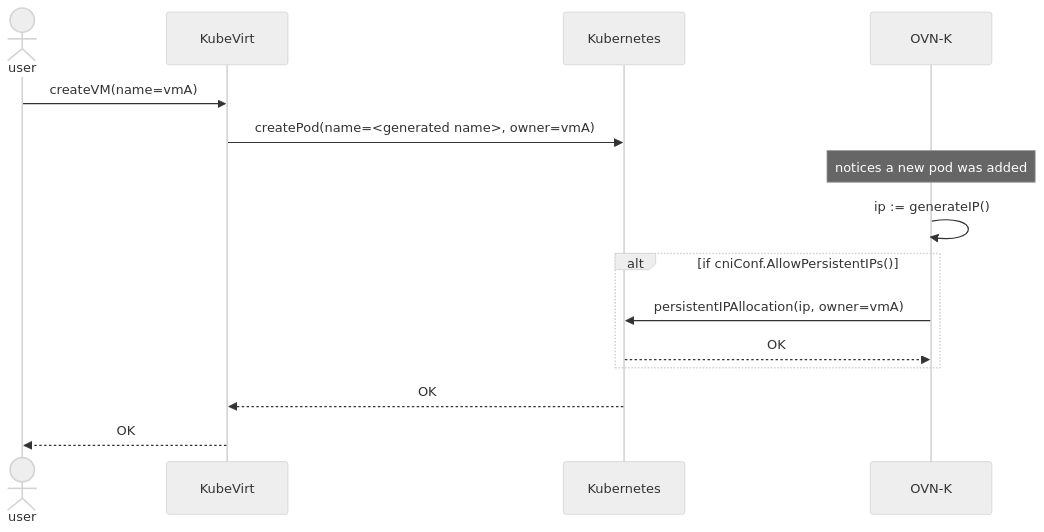
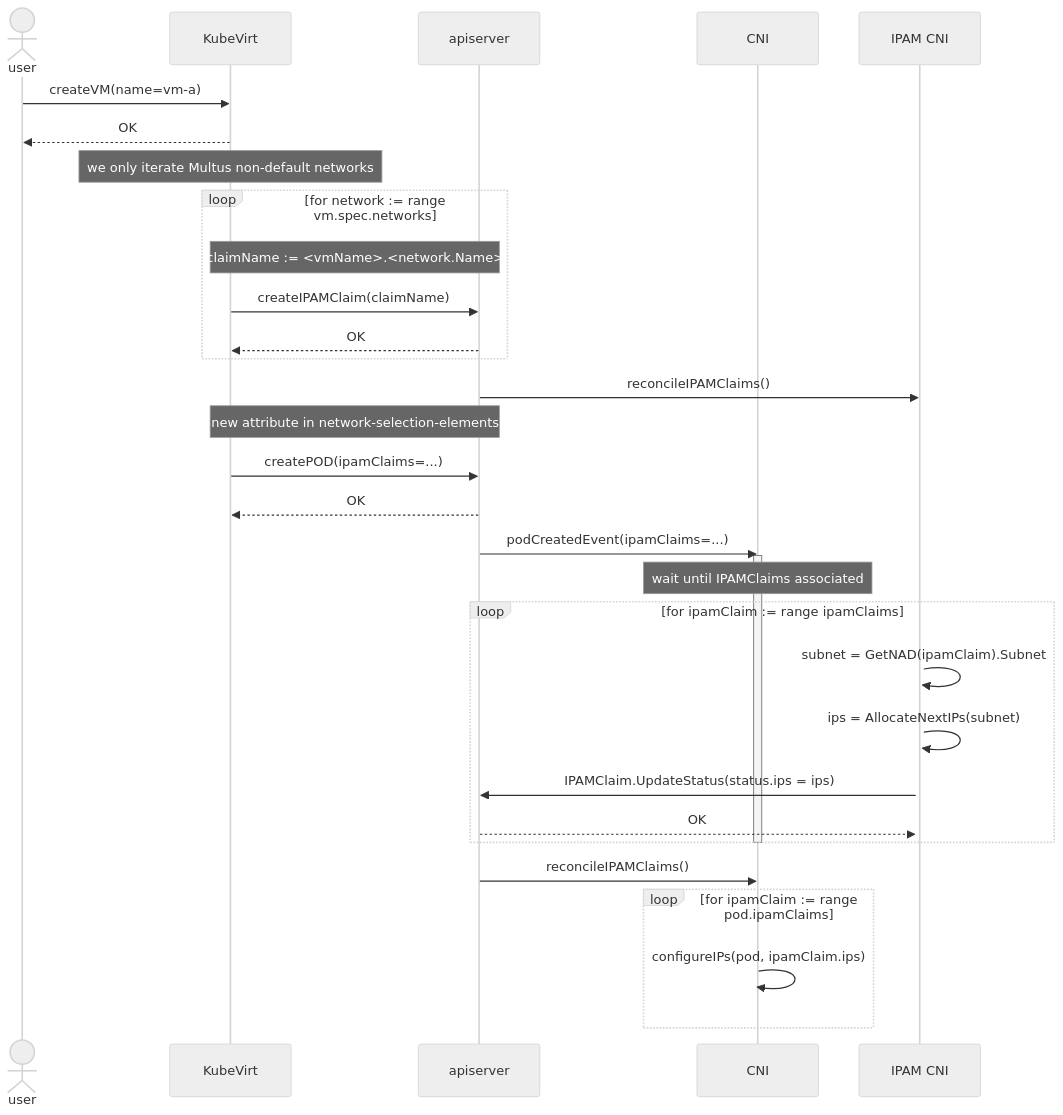
Before and after one commit to openshift/enhancements: the first of 15 diagrams in enhancements/network/persistent-ips-sdn-secondary-networks.md, drawn with Mermaid (neutral theme). The commit also changed other lines of this file, not shown here.

````diff
--- a/enhancements/network/persistent-ips-sdn-secondary-networks.md
+++ b/enhancements/network/persistent-ips-sdn-secondary-networks.md
@@ -89,18 +117,43 @@
 ```mermaid
 sequenceDiagram
-actor user
-user ->> KubeVirt: createVM(name=vmA)
+  actor user
+  participant KubeVirt
+  participant apiserver
+  participant CNI
+  participant IPAM CNI
 
-KubeVirt ->> Kubernetes: createPod(name=<generated name>, owner=vmA)
+  user->>KubeVirt: createVM(name=vm-a)
+  KubeVirt-->>user: OK
 
-note over OVN-K: notices a new pod was added
-OVN-K ->> OVN-K: ip := generateIP()
+  note over KubeVirt: we only iterate Multus non-default networks
+  loop for network := range vm.spec.networks
+    note over KubeVirt, apiserver: claimName := <vmName>.<network.Name>
+    KubeVirt->>apiserver: createIPAMClaim(claimName)
+    apiserver-->>KubeVirt: OK
+  end
 
-alt if cniConf.AllowPersistentIPs()
-  OVN-K ->> Kubernetes: persistentIPAllocation(ip, owner=vmA)
-  Kubernetes -->> OVN-K: OK
-end
-Kubernetes -->> KubeVirt: OK
+  apiserver->>IPAM CNI: reconcileIPAMClaims()
+  activate IPAM CNI
 
-KubeVirt -->> user: OK
+  note over KubeVirt, apiserver: new attribute in network-selection-elements
+  KubeVirt->>apiserver: createPOD(ipamClaims=...)
+  apiserver-->>KubeVirt: OK
+
+  apiserver->>CNI: podCreatedEvent(ipamClaims=...)
+  activate CNI
+
+  note over CNI: wait until IPAMClaims associated
+
+  loop for ipamClaim := range ipamClaims
+  IPAM CNI->>IPAM CNI: subnet = GetNAD(ipamClaim).Subnet
+  IPAM CNI->> IPAM CNI: ips = AllocateNextIPs(subnet)
+  IPAM CNI->>apiserver: IPAMClaim.UpdateStatus(status.ips = ips)
+  apiserver-->>IPAM CNI: OK
+  end
+
+  deactivate CNI
+  apiserver->>CNI: reconcileIPAMClaims()
+  loop for ipamClaim := range pod.ipamClaims
+  CNI->>CNI: configureIPs(pod, ipamClaim.ips)
+  end
 ```
````
